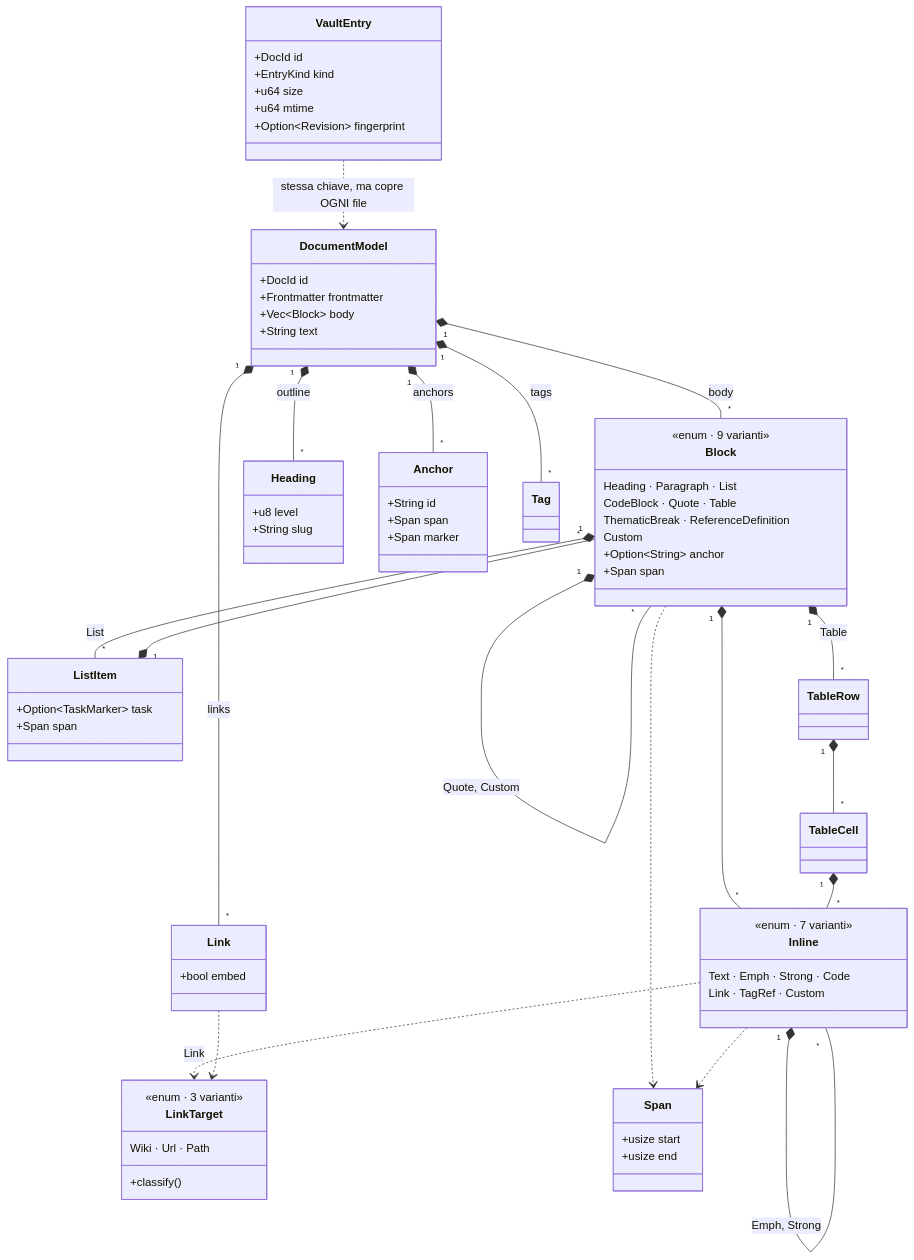
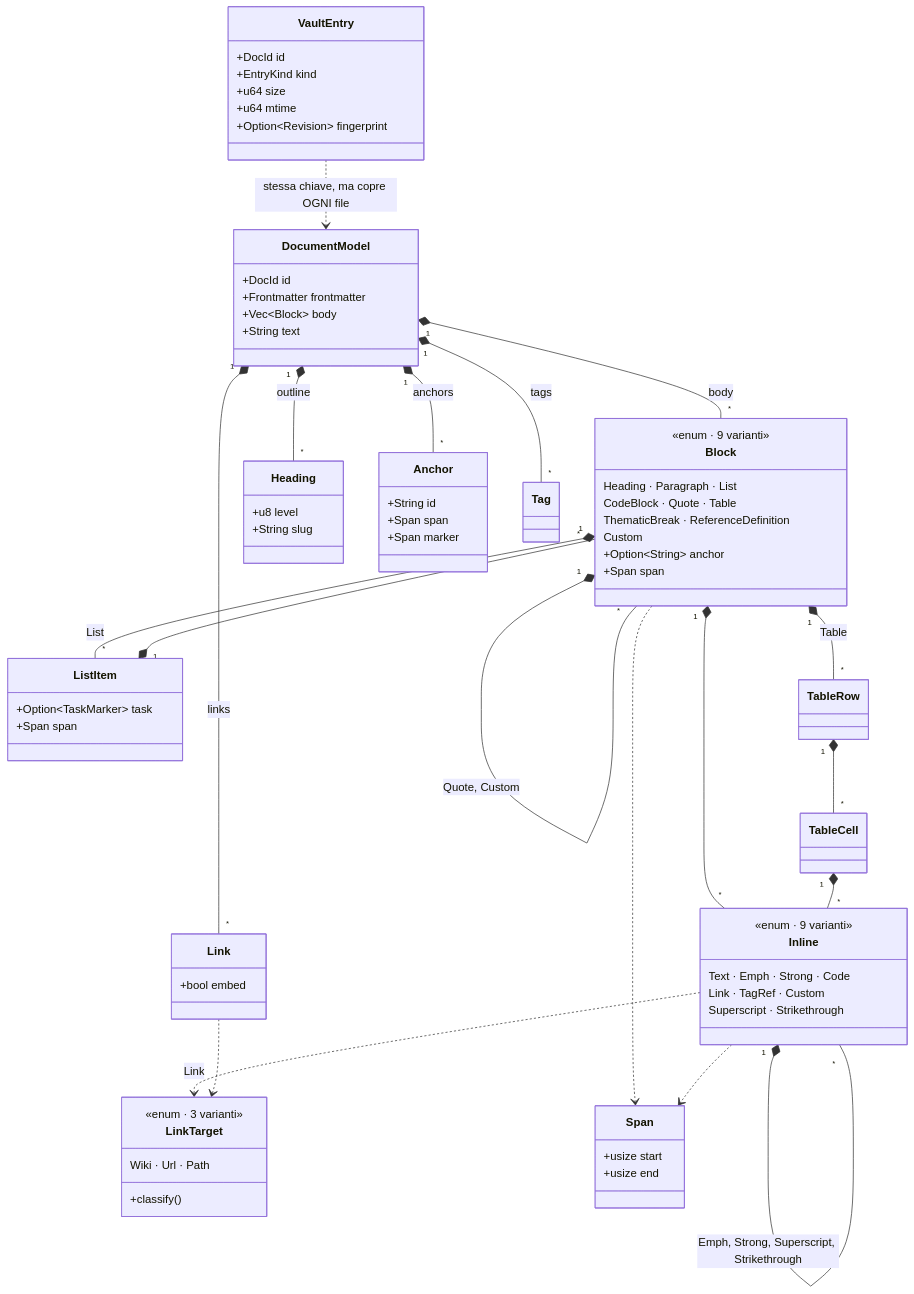
The first of 2 diagrams in docs/architecture/data-model.md (Fubeo/Fub), drawn with Mermaid before and after one commit. The commit also changed 8 other files, not shown here.

````diff
--- a/docs/architecture/data-model.md
+++ b/docs/architecture/data-model.md
@@ -172,78 +172,79 @@
 ```mermaid
 classDiagram
     direction TB
     class DocumentModel {
         +DocId id
         +Frontmatter frontmatter
         +Vec~Block~ body
         +String text
     }
     class Block {
         <<enum · 9 varianti>>
         Heading · Paragraph · List
         CodeBlock · Quote · Table
         ThematicBreak · ReferenceDefinition
         Custom
         +Option~String~ anchor
         +Span span
     }
     class Inline {
-        <<enum · 7 varianti>>
+        <<enum · 9 varianti>>
         Text · Emph · Strong · Code
         Link · TagRef · Custom
+        Superscript · Strikethrough
     }
     class LinkTarget {
         <<enum · 3 varianti>>
         Wiki · Url · Path
         +classify()
     }
     class ListItem {
         +Option~TaskMarker~ task
         +Span span
     }
     class TableRow
     class TableCell
     class Heading {
         +u8 level
         +String slug
     }
     class Anchor {
         +String id
         +Span span
         +Span marker
     }
     class Link {
         +bool embed
     }
     class Tag
     class Span {
         +usize start
         +usize end
     }
     class VaultEntry {
         +DocId id
         +EntryKind kind
         +u64 size
         +u64 mtime
         +Option~Revision~ fingerprint
     }
 
     DocumentModel "1" *-- "*" Block : body
     DocumentModel "1" *-- "*" Heading : outline
     DocumentModel "1" *-- "*" Link : links
     DocumentModel "1" *-- "*" Tag : tags
     DocumentModel "1" *-- "*" Anchor : anchors
     Block "1" *-- "*" Inline
     Block "1" *-- "*" Block : Quote, Custom
     Block "1" *-- "*" ListItem : List
     Block "1" *-- "*" TableRow : Table
     ListItem "1" *-- "*" Block
     TableRow "1" *-- "*" TableCell
     TableCell "1" *-- "*" Inline
-    Inline "1" *-- "*" Inline : Emph, Strong
+    Inline "1" *-- "*" Inline : Emph, Strong, Superscript, Strikethrough
     Inline ..> LinkTarget : Link
     Link ..> LinkTarget
     Block ..> Span
     Inline ..> Span
     VaultEntry ..> DocumentModel : stessa chiave, ma copre OGNI file
 ```
````
